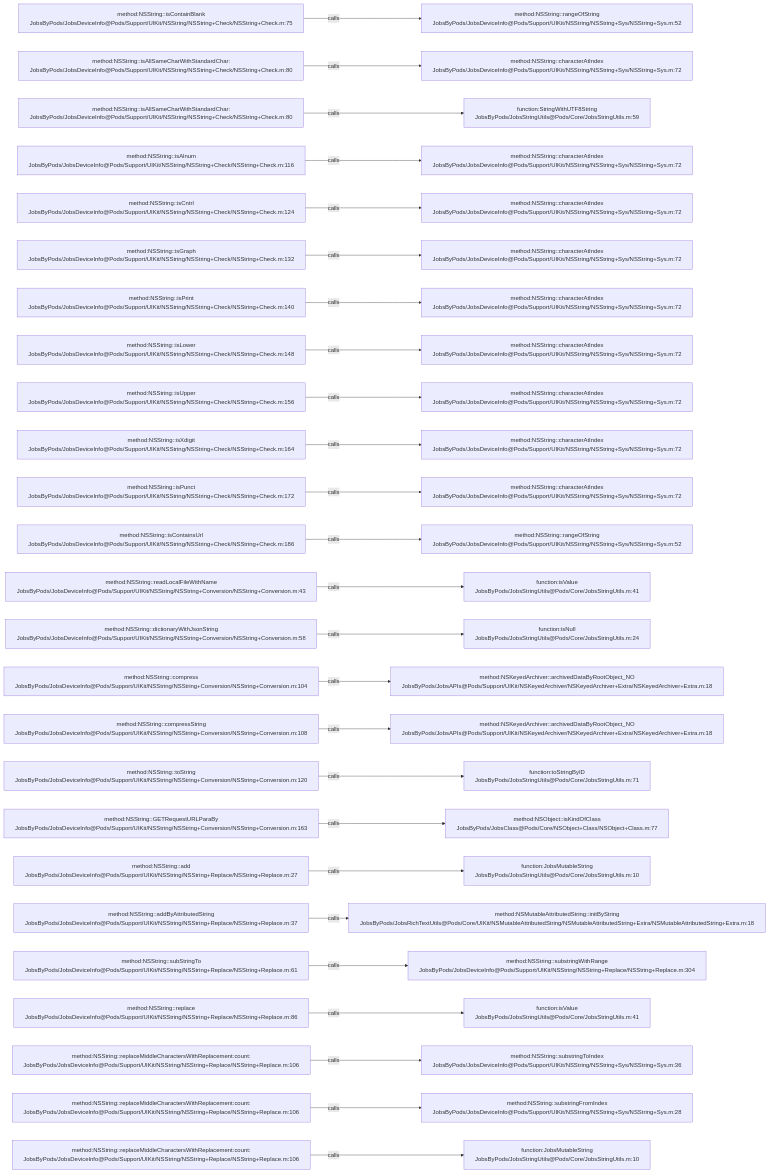
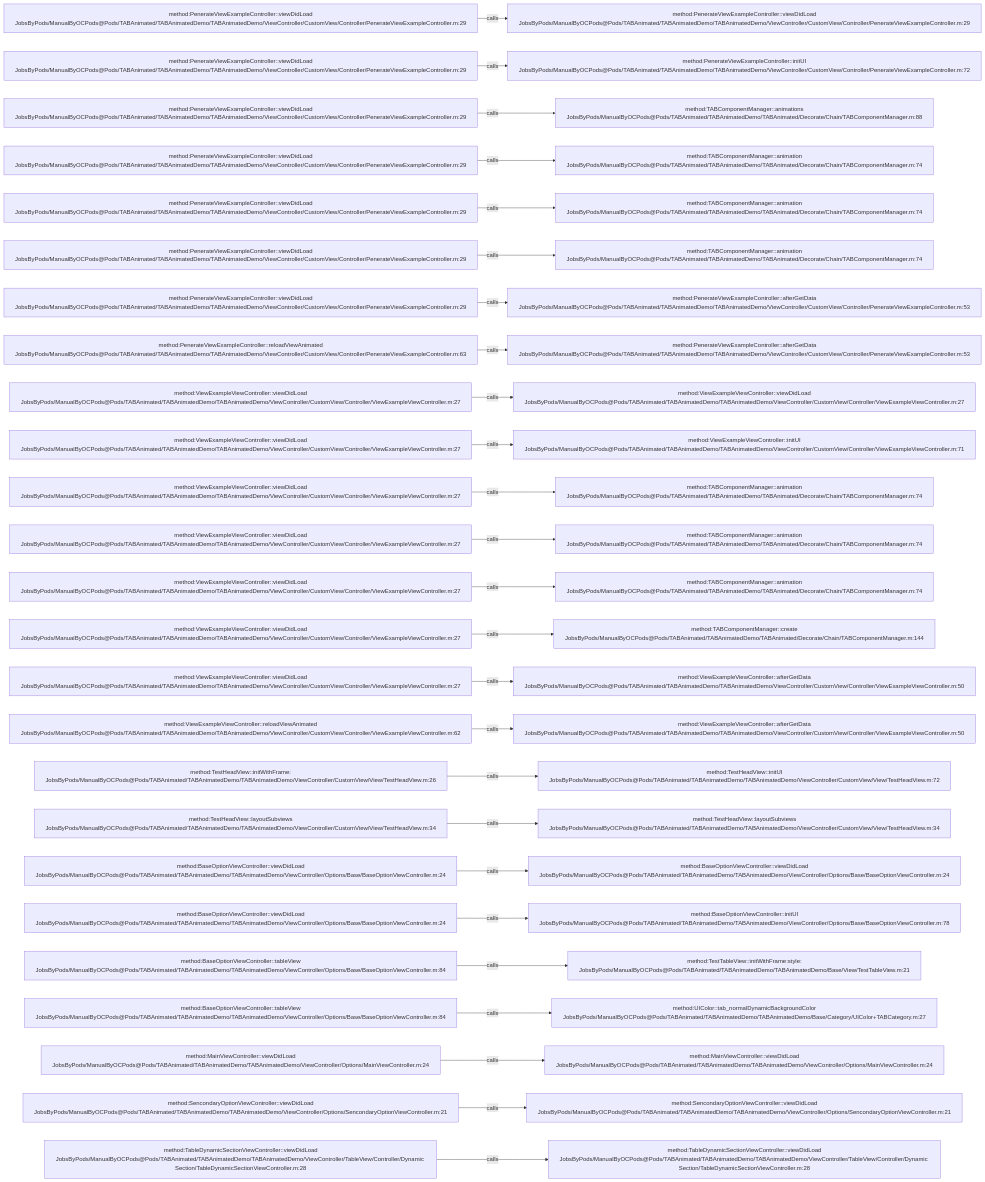
Before and after one commit to JobsKits/JobsOCBaseConfigDemo: the diagram in .codegraph/codegraph.md/graphs/calls-062.md, drawn with Mermaid. The commit also changed 2162 other files, not shown here.

````diff
--- a/.codegraph/codegraph.md/graphs/calls-062.md
+++ b/.codegraph/codegraph.md/graphs/calls-062.md
@@ -13,78 +13,78 @@
 ```mermaid
 flowchart LR
-  S1["method:NSString::isContainBlank<br/>JobsByPods/JobsDeviceInfo@Pods/Support/UIKit/NSString/NSString+Check/NSString+Check.m:75"]
-  T1["method:NSString::rangeOfString<br/>JobsByPods/JobsDeviceInfo@Pods/Support/UIKit/NSString/NSString+Sys/NSString+Sys.m:52"]
+  S1["method:PenerateViewExampleController::viewDidLoad<br/>JobsByPods/ManualByOCPods@Pods/TABAnimated/TABAnimatedDemo/TABAnimatedDemo/ViewController/CustomView/Controller/PenerateViewExampleController.m:29"]
+  T1["method:PenerateViewExampleController::viewDidLoad<br/>JobsByPods/ManualByOCPods@Pods/TABAnimated/TABAnimatedDemo/TABAnimatedDemo/ViewController/CustomView/Controller/PenerateViewExampleController.m:29"]
   S1 -->|calls| T1
-  S2["method:NSString::isAllSameCharWithStandardChar:<br/>JobsByPods/JobsDeviceInfo@Pods/Support/UIKit/NSString/NSString+Check/NSString+Check.m:80"]
-  T2["method:NSString::characterAtIndex<br/>JobsByPods/JobsDeviceInfo@Pods/Support/UIKit/NSString/NSString+Sys/NSString+Sys.m:72"]
+  S2["method:PenerateViewExampleController::viewDidLoad<br/>JobsByPods/ManualByOCPods@Pods/TABAnimated/TABAnimatedDemo/TABAnimatedDemo/ViewController/CustomView/Controller/PenerateViewExampleController.m:29"]
+  T2["method:PenerateViewExampleController::initUI<br/>JobsByPods/ManualByOCPods@Pods/TABAnimated/TABAnimatedDemo/TABAnimatedDemo/ViewController/CustomView/Controller/PenerateViewExampleController.m:72"]
   S2 -->|calls| T2
-  S3["method:NSString::isAllSameCharWithStandardChar:<br/>JobsByPods/JobsDeviceInfo@Pods/Support/UIKit/NSString/NSString+Check/NSString+Check.m:80"]
-  T3["function:StringWithUTF8String<br/>JobsByPods/JobsStringUtils@Pods/Core/JobsStringUtils.m:59"]
+  S3["method:PenerateViewExampleController::viewDidLoad<br/>JobsByPods/ManualByOCPods@Pods/TABAnimated/TABAnimatedDemo/TABAnimatedDemo/ViewController/CustomView/Controller/PenerateViewExampleController.m:29"]
+  T3["method:TABComponentManager::animations<br/>JobsByPods/ManualByOCPods@Pods/TABAnimated/TABAnimatedDemo/TABAnimated/Decorate/Chain/TABComponentManager.m:88"]
   S3 -->|calls| T3
-  S4["method:NSString::isAlnum<br/>JobsByPods/JobsDeviceInfo@Pods/Support/UIKit/NSString/NSString+Check/NSString+Check.m:116"]
-  T4["method:NSString::characterAtIndex<br/>JobsByPods/JobsDeviceInfo@Pods/Support/UIKit/NSString/NSString+Sys/NSString+Sys.m:72"]
+  S4["method:PenerateViewExampleController::viewDidLoad<br/>JobsByPods/ManualByOCPods@Pods/TABAnimated/TABAnimatedDemo/TABAnimatedDemo/ViewController/CustomView/Controller/PenerateViewExampleController.m:29"]
+  T4["method:TABComponentManager::animation<br/>JobsByPods/ManualByOCPods@Pods/TABAnimated/TABAnimatedDemo/TABAnimated/Decorate/Chain/TABComponentManager.m:74"]
   S4 -->|calls| T4
-  S5["method:NSString::isCntrl<br/>JobsByPods/JobsDeviceInfo@Pods/Support/UIKit/NSString/NSString+Check/NSString+Check.m:124"]
-  T5["method:NSString::characterAtIndex<br/>JobsByPods/JobsDeviceInfo@Pods/Support/UIKit/NSString/NSString+Sys/NSString+Sys.m:72"]
+  S5["method:PenerateViewExampleController::viewDidLoad<br/>JobsByPods/ManualByOCPods@Pods/TABAnimated/TABAnimatedDemo/TABAnimatedDemo/ViewController/CustomView/Controller/PenerateViewExampleController.m:29"]
+  T5["method:TABComponentManager::animation<br/>JobsByPods/ManualByOCPods@Pods/TABAnimated/TABAnimatedDemo/TABAnimated/Decorate/Chain/TABComponentManager.m:74"]
   S5 -->|calls| T5
-  S6["method:NSString::isGraph<br/>JobsByPods/JobsDeviceInfo@Pods/Support/UIKit/NSString/NSString+Check/NSString+Check.m:132"]
-  T6["method:NSString::characterAtIndex<br/>JobsByPods/JobsDeviceInfo@Pods/Support/UIKit/NSString/NSString+Sys/NSString+Sys.m:72"]
+  S6["method:PenerateViewExampleController::viewDidLoad<br/>JobsByPods/ManualByOCPods@Pods/TABAnimated/TABAnimatedDemo/TABAnimatedDemo/ViewController/CustomView/Controller/PenerateViewExampleController.m:29"]
+  T6["method:TABComponentManager::animation<br/>JobsByPods/ManualByOCPods@Pods/TABAnimated/TABAnimatedDemo/TABAnimated/Decorate/Chain/TABComponentManager.m:74"]
   S6 -->|calls| T6
-  S7["method:NSString::isPrint<br/>JobsByPods/JobsDeviceInfo@Pods/Support/UIKit/NSString/NSString+Check/NSString+Check.m:140"]
-  T7["method:NSString::characterAtIndex<br/>JobsByPods/JobsDeviceInfo@Pods/Support/UIKit/NSString/NSString+Sys/NSString+Sys.m:72"]
+  S7["method:PenerateViewExampleController::viewDidLoad<br/>JobsByPods/ManualByOCPods@Pods/TABAnimated/TABAnimatedDemo/TABAnimatedDemo/ViewController/CustomView/Controller/PenerateViewExampleController.m:29"]
+  T7["method:PenerateViewExampleController::afterGetData<br/>JobsByPods/ManualByOCPods@Pods/TABAnimated/TABAnimatedDemo/TABAnimatedDemo/ViewController/CustomView/Controller/PenerateViewExampleController.m:53"]
   S7 -->|calls| T7
-  S8["method:NSString::isLower<br/>JobsByPods/JobsDeviceInfo@Pods/Support/UIKit/NSString/NSString+Check/NSString+Check.m:148"]
-  T8["method:NSString::characterAtIndex<br/>JobsByPods/JobsDeviceInfo@Pods/Support/UIKit/NSString/NSString+Sys/NSString+Sys.m:72"]
+  S8["method:PenerateViewExampleController::reloadViewAnimated<br/>JobsByPods/ManualByOCPods@Pods/TABAnimated/TABAnimatedDemo/TABAnimatedDemo/ViewController/CustomView/Controller/PenerateViewExampleController.m:63"]
+  T8["method:PenerateViewExampleController::afterGetData<br/>JobsByPods/ManualByOCPods@Pods/TABAnimated/TABAnimatedDemo/TABAnimatedDemo/ViewController/CustomView/Controller/PenerateViewExampleController.m:53"]
   S8 -->|calls| T8
-  S9["method:NSString::isUpper<br/>JobsByPods/JobsDeviceInfo@Pods/Support/UIKit/NSString/NSString+Check/NSString+Check.m:156"]
-  T9["method:NSString::characterAtIndex<br/>JobsByPods/JobsDeviceInfo@Pods/Support/UIKit/NSString/NSString+Sys/NSString+Sys.m:72"]
+  S9["method:ViewExampleViewController::viewDidLoad<br/>JobsByPods/ManualByOCPods@Pods/TABAnimated/TABAnimatedDemo/TABAnimatedDemo/ViewController/CustomView/Controller/ViewExampleViewController.m:27"]
+  T9["method:ViewExampleViewController::viewDidLoad<br/>JobsByPods/ManualByOCPods@Pods/TABAnimated/TABAnimatedDemo/TABAnimatedDemo/ViewController/CustomView/Controller/ViewExampleViewController.m:27"]
   S9 -->|calls| T9
-  S10["method:NSString::isXdigit<br/>JobsByPods/JobsDeviceInfo@Pods/Support/UIKit/NSString/NSString+Check/NSString+Check.m:164"]
-  T10["method:NSString::characterAtIndex<br/>JobsByPods/JobsDeviceInfo@Pods/Support/UIKit/NSString/NSString+Sys/NSString+Sys.m:72"]
+  S10["method:ViewExampleViewController::viewDidLoad<br/>JobsByPods/ManualByOCPods@Pods/TABAnimated/TABAnimatedDemo/TABAnimatedDemo/ViewController/CustomView/Controller/ViewExampleViewController.m:27"]
+  T10["method:ViewExampleViewController::initUI<br/>JobsByPods/ManualByOCPods@Pods/TABAnimated/TABAnimatedDemo/TABAnimatedDemo/ViewController/CustomView/Controller/ViewExampleViewController.m:71"]
   S10 -->|calls| T10
-  S11["method:NSString::isPunct<br/>JobsByPods/JobsDeviceInfo@Pods/Support/UIKit/NSString/NSString+Check/NSString+Check.m:172"]
-  T11["method:NSString::characterAtIndex<br/>JobsByPods/JobsDeviceInfo@Pods/Support/UIKit/NSString/NSString+Sys/NSString+Sys.m:72"]
+  S11["method:ViewExampleViewController::viewDidLoad<br/>JobsByPods/ManualByOCPods@Pods/TABAnimated/TABAnimatedDemo/TABAnimatedDemo/ViewController/CustomView/Controller/ViewExampleViewController.m:27"]
+  T11["method:TABComponentManager::animation<br/>JobsByPods/ManualByOCPods@Pods/TABAnimated/TABAnimatedDemo/TABAnimated/Decorate/Chain/TABComponentManager.m:74"]
   S11 -->|calls| T11
-  S12["method:NSString::isContainsUrl<br/>JobsByPods/JobsDeviceInfo@Pods/Support/UIKit/NSString/NSString+Check/NSString+Check.m:186"]
-  T12["method:NSString::rangeOfString<br/>JobsByPods/JobsDeviceInfo@Pods/Support/UIKit/NSString/NSString+Sys/NSString+Sys.m:52"]
+  S12["method:ViewExampleViewController::viewDidLoad<br/>JobsByPods/ManualByOCPods@Pods/TABAnimated/TABAnimatedDemo/TABAnimatedDemo/ViewController/CustomView/Controller/ViewExampleViewController.m:27"]
+  T12["method:TABComponentManager::animation<br/>JobsByPods/ManualByOCPods@Pods/TABAnimated/TABAnimatedDemo/TABAnimated/Decorate/Chain/TABComponentManager.m:74"]
   S12 -->|calls| T12
-  S13["method:NSString::readLocalFileWithName<br/>JobsByPods/JobsDeviceInfo@Pods/Support/UIKit/NSString/NSString+Conversion/NSString+Conversion.m:43"]
-  T13["function:isValue<br/>JobsByPods/JobsStringUtils@Pods/Core/JobsStringUtils.m:41"]
+  S13["method:ViewExampleViewController::viewDidLoad<br/>JobsByPods/ManualByOCPods@Pods/TABAnimated/TABAnimatedDemo/TABAnimatedDemo/ViewController/CustomView/Controller/ViewExampleViewController.m:27"]
+  T13["method:TABComponentManager::animation<br/>JobsByPods/ManualByOCPods@Pods/TABAnimated/TABAnimatedDemo/TABAnimated/Decorate/Chain/TABComponentManager.m:74"]
   S13 -->|calls| T13
-  S14["method:NSString::dictionaryWithJsonString<br/>JobsByPods/JobsDeviceInfo@Pods/Support/UIKit/NSString/NSString+Conversion/NSString+Conversion.m:58"]
-  T14["function:isNull<br/>JobsByPods/JobsStringUtils@Pods/Core/JobsStringUtils.m:24"]
+  S14["method:ViewExampleViewController::viewDidLoad<br/>JobsByPods/ManualByOCPods@Pods/TABAnimated/TABAnimatedDemo/TABAnimatedDemo/ViewController/CustomView/Controller/ViewExampleViewController.m:27"]
+  T14["method:TABComponentManager::create<br/>JobsByPods/ManualByOCPods@Pods/TABAnimated/TABAnimatedDemo/TABAnimated/Decorate/Chain/TABComponentManager.m:144"]
   S14 -->|calls| T14
-  S15["method:NSString::compress<br/>JobsByPods/JobsDeviceInfo@Pods/Support/UIKit/NSString/NSString+Conversion/NSString+Conversion.m:104"]
-  T15["method:NSKeyedArchiver::archivedDataByRootObject_NO<br/>JobsByPods/JobsAPIs@Pods/Support/UIKit/NSKeyedArchiver/NSKeyedArchiver+Extra/NSKeyedArchiver+Extra.m:18"]
+  S15["method:ViewExampleViewController::viewDidLoad<br/>JobsByPods/ManualByOCPods@Pods/TABAnimated/TABAnimatedDemo/TABAnimatedDemo/ViewController/CustomView/Controller/ViewExampleViewController.m:27"]
+  T15["method:ViewExampleViewController::afterGetData<br/>JobsByPods/ManualByOCPods@Pods/TABAnimated/TABAnimatedDemo/TABAnimatedDemo/ViewController/CustomView/Controller/ViewExampleViewController.m:50"]
   S15 -->|calls| T15
-  S16["method:NSString::compressString<br/>JobsByPods/JobsDeviceInfo@Pods/Support/UIKit/NSString/NSString+Conversion/NSString+Conversion.m:108"]
-  T16["method:NSKeyedArchiver::archivedDataByRootObject_NO<br/>JobsByPods/JobsAPIs@Pods/Support/UIKit/NSKeyedArchiver/NSKeyedArchiver+Extra/NSKeyedArchiver+Extra.m:18"]
+  S16["method:ViewExampleViewController::reloadViewAnimated<br/>JobsByPods/ManualByOCPods@Pods/TABAnimated/TABAnimatedDemo/TABAnimatedDemo/ViewController/CustomView/Controller/ViewExampleViewController.m:62"]
+  T16["method:ViewExampleViewController::afterGetData<br/>JobsByPods/ManualByOCPods@Pods/TABAnimated/TABAnimatedDemo/TABAnimatedDemo/ViewController/CustomView/Controller/ViewExampleViewController.m:50"]
   S16 -->|calls| T16
-  S17["method:NSString::toString<br/>JobsByPods/JobsDeviceInfo@Pods/Support/UIKit/NSString/NSString+Conversion/NSString+Conversion.m:120"]
-  T17["function:toStringByID<br/>JobsByPods/JobsStringUtils@Pods/Core/JobsStringUtils.m:71"]
+  S17["method:TestHeadView::initWithFrame:<br/>JobsByPods/ManualByOCPods@Pods/TABAnimated/TABAnimatedDemo/TABAnimatedDemo/ViewController/CustomView/View/TestHeadView.m:26"]
+  T17["method:TestHeadView::initUI<br/>JobsByPods/ManualByOCPods@Pods/TABAnimated/TABAnimatedDemo/TABAnimatedDemo/ViewController/CustomView/View/TestHeadView.m:72"]
   S17 -->|calls| T17
-  S18["method:NSString::GETRequestURLParaBy<br/>JobsByPods/JobsDeviceInfo@Pods/Support/UIKit/NSString/NSString+Conversion/NSString+Conversion.m:163"]
-  T18["method:NSObject::isKindOfClass<br/>JobsByPods/JobsClass@Pods/Core/NSObject+Class/NSObject+Class.m:77"]
+  S18["method:TestHeadView::layoutSubviews<br/>JobsByPods/ManualByOCPods@Pods/TABAnimated/TABAnimatedDemo/TABAnimatedDemo/ViewController/CustomView/View/TestHeadView.m:34"]
+  T18["method:TestHeadView::layoutSubviews<br/>JobsByPods/ManualByOCPods@Pods/TABAnimated/TABAnimatedDemo/TABAnimatedDemo/ViewController/CustomView/View/TestHeadView.m:34"]
   S18 -->|calls| T18
-  S19["method:NSString::add<br/>JobsByPods/JobsDeviceInfo@Pods/Support/UIKit/NSString/NSString+Replace/NSString+Replace.m:27"]
-  T19["function:JobsMutableString<br/>JobsByPods/JobsStringUtils@Pods/Core/JobsStringUtils.m:10"]
+  S19["method:BaseOptionViewController::viewDidLoad<br/>JobsByPods/ManualByOCPods@Pods/TABAnimated/TABAnimatedDemo/TABAnimatedDemo/ViewController/Options/Base/BaseOptionViewController.m:24"]
+  T19["method:BaseOptionViewController::viewDidLoad<br/>JobsByPods/ManualByOCPods@Pods/TABAnimated/TABAnimatedDemo/TABAnimatedDemo/ViewController/Options/Base/BaseOptionViewController.m:24"]
   S19 -->|calls| T19
-  S20["method:NSString::addByAttributedString<br/>JobsByPods/JobsDeviceInfo@Pods/Support/UIKit/NSString/NSString+Replace/NSString+Replace.m:37"]
-  T20["method:NSMutableAttributedString::initByString<br/>JobsByPods/JobsRichTextUtils@Pods/Core/UIKit/NSMutableAttributedString/NSMutableAttributedString+Extra/NSMutableAttributedString+Extra.m:18"]
+  S20["method:BaseOptionViewController::viewDidLoad<br/>JobsByPods/ManualByOCPods@Pods/TABAnimated/TABAnimatedDemo/TABAnimatedDemo/ViewController/Options/Base/BaseOptionViewController.m:24"]
+  T20["method:BaseOptionViewController::initUI<br/>JobsByPods/ManualByOCPods@Pods/TABAnimated/TABAnimatedDemo/TABAnimatedDemo/ViewController/Options/Base/BaseOptionViewController.m:78"]
   S20 -->|calls| T20
-  S21["method:NSString::subStringTo<br/>JobsByPods/JobsDeviceInfo@Pods/Support/UIKit/NSString/NSString+Replace/NSString+Replace.m:61"]
-  T21["method:NSString::substringWithRange<br/>JobsByPods/JobsDeviceInfo@Pods/Support/UIKit/NSString/NSString+Replace/NSString+Replace.m:304"]
+  S21["method:BaseOptionViewController::tableView<br/>JobsByPods/ManualByOCPods@Pods/TABAnimated/TABAnimatedDemo/TABAnimatedDemo/ViewController/Options/Base/BaseOptionViewController.m:84"]
+  T21["method:TestTableView::initWithFrame:style:<br/>JobsByPods/ManualByOCPods@Pods/TABAnimated/TABAnimatedDemo/TABAnimatedDemo/Base/View/TestTableView.m:21"]
   S21 -->|calls| T21
-  S22["method:NSString::replace<br/>JobsByPods/JobsDeviceInfo@Pods/Support/UIKit/NSString/NSString+Replace/NSString+Replace.m:86"]
-  T22["function:isValue<br/>JobsByPods/JobsStringUtils@Pods/Core/JobsStringUtils.m:41"]
+  S22["method:BaseOptionViewController::tableView<br/>JobsByPods/ManualByOCPods@Pods/TABAnimated/TABAnimatedDemo/TABAnimatedDemo/ViewController/Options/Base/BaseOptionViewController.m:84"]
+  T22["method:UIColor::tab_normalDynamicBackgroundColor<br/>JobsByPods/ManualByOCPods@Pods/TABAnimated/TABAnimatedDemo/TABAnimatedDemo/Base/Category/UIColor+TABCategory.m:27"]
   S22 -->|calls| T22
-  S23["method:NSString::replaceMiddleCharactersWithReplacement:count:<br/>JobsByPods/JobsDeviceInfo@Pods/Support/UIKit/NSString/NSString+Replace/NSString+Replace.m:106"]
-  T23["method:NSString::substringToIndex<br/>JobsByPods/JobsDeviceInfo@Pods/Support/UIKit/NSString/NSString+Sys/NSString+Sys.m:36"]
+  S23["method:MainViewController::viewDidLoad<br/>JobsByPods/ManualByOCPods@Pods/TABAnimated/TABAnimatedDemo/TABAnimatedDemo/ViewController/Options/MainViewController.m:24"]
+  T23["method:MainViewController::viewDidLoad<br/>JobsByPods/ManualByOCPods@Pods/TABAnimated/TABAnimatedDemo/TABAnimatedDemo/ViewController/Options/MainViewController.m:24"]
   S23 -->|calls| T23
-  S24["method:NSString::replaceMiddleCharactersWithReplacement:count:<br/>JobsByPods/JobsDeviceInfo@Pods/Support/UIKit/NSString/NSString+Replace/NSString+Replace.m:106"]
-  T24["method:NSString::substringFromIndex<br/>JobsByPods/JobsDeviceInfo@Pods/Support/UIKit/NSString/NSString+Sys/NSString+Sys.m:28"]
+  S24["method:SencondaryOptionViewController::viewDidLoad<br/>JobsByPods/ManualByOCPods@Pods/TABAnimated/TABAnimatedDemo/TABAnimatedDemo/ViewController/Options/SencondaryOptionViewController.m:21"]
+  T24["method:SencondaryOptionViewController::viewDidLoad<br/>JobsByPods/ManualByOCPods@Pods/TABAnimated/TABAnimatedDemo/TABAnimatedDemo/ViewController/Options/SencondaryOptionViewController.m:21"]
   S24 -->|calls| T24
-  S25["method:NSString::replaceMiddleCharactersWithReplacement:count:<br/>JobsByPods/JobsDeviceInfo@Pods/Support/UIKit/NSString/NSString+Replace/NSString+Replace.m:106"]
-  T25["function:JobsMutableString<br/>JobsByPods/JobsStringUtils@Pods/Core/JobsStringUtils.m:10"]
+  S25["method:TableDynamicSectionViewController::viewDidLoad<br/>JobsByPods/ManualByOCPods@Pods/TABAnimated/TABAnimatedDemo/TABAnimatedDemo/ViewController/TableView/Controller/Dynamic Section/TableDynamicSectionViewController.m:28"]
+  T25["method:TableDynamicSectionViewController::viewDidLoad<br/>JobsByPods/ManualByOCPods@Pods/TABAnimated/TABAnimatedDemo/TABAnimatedDemo/ViewController/TableView/Controller/Dynamic Section/TableDynamicSectionViewController.m:28"]
   S25 -->|calls| T25
 ```
````
